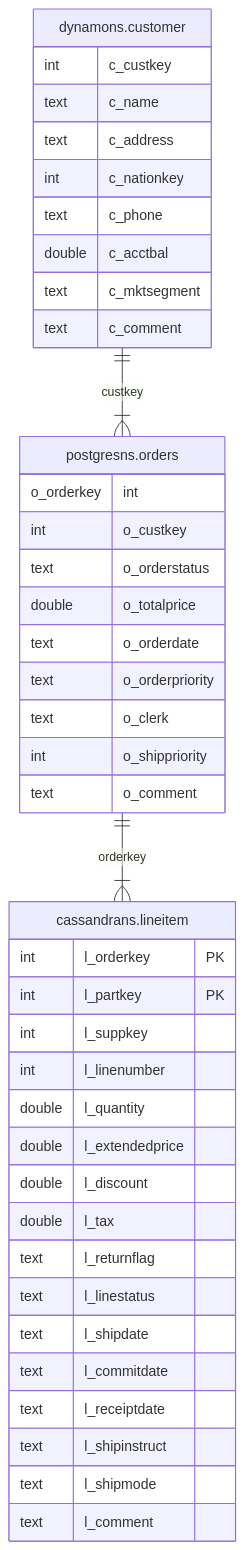
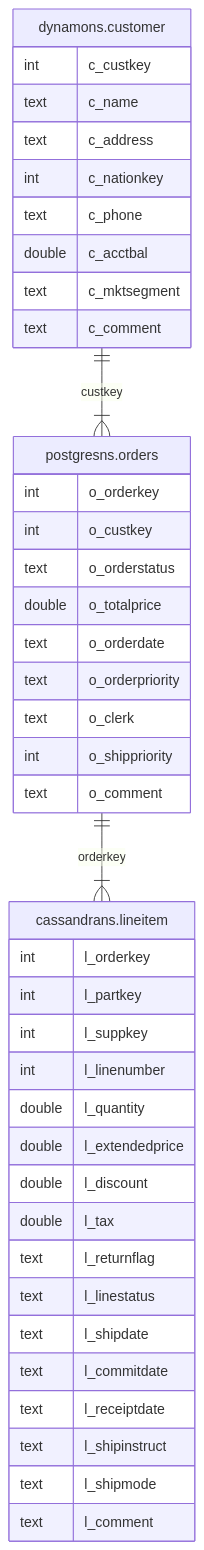
The diagram in scalardb-analytics-postgresql-sample/README.md (scalar-labs/scalardb-samples), drawn with Mermaid before and after one commit.

Commit message:
Fix the ER diagram

````diff
--- a/scalardb-analytics-postgresql-sample/README.md
+++ b/scalardb-analytics-postgresql-sample/README.md
@@ -13,44 +13,44 @@
 ```mermaid
 erDiagram
     "dynamons.customer" ||--|{ "postgresns.orders" : "custkey"
     "dynamons.customer" {
       int c_custkey
       text c_name
       text c_address
       int c_nationkey
       text c_phone
       double c_acctbal
       text c_mktsegment
       text c_comment
     }
     "postgresns.orders"  ||--|{ "cassandrans.lineitem" : "orderkey"
     "postgresns.orders" {
-      o_orderkey int
+      int o_orderkey
       int o_custkey
       text o_orderstatus
       double o_totalprice
       text o_orderdate
       text o_orderpriority
       text o_clerk
       int o_shippriority
       text o_comment
     }
     "cassandrans.lineitem" {
-     int l_orderkey PK
-     int l_partkey PK
+     int l_orderkey
+     int l_partkey
      int l_suppkey
      int l_linenumber
      double l_quantity
      double l_extendedprice
      double l_discount
      double l_tax
      text l_returnflag
      text l_linestatus
      text l_shipdate
      text l_commitdate
      text l_receiptdate
      text l_shipinstruct
      text l_shipmode
      text l_comment
     }
 ```
````
